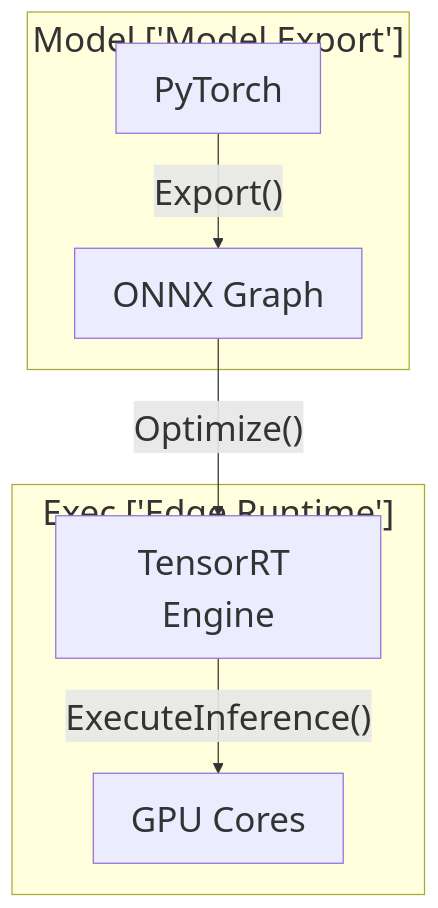
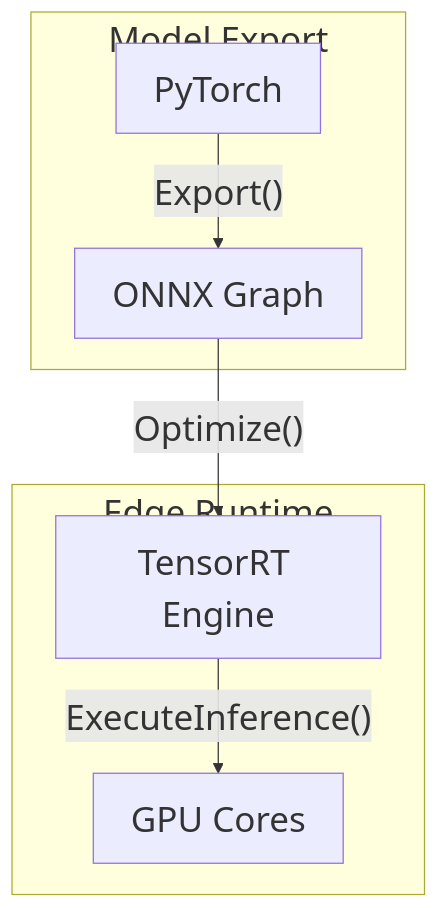
One commit to j4flmao/agent-skills changed the diagram in skills/embedded-systems/edge-ai/SKILL.md. Above: the diagram before and after it, drawn with Mermaid. The commit also changed 38 other files, not shown here.

Commit message:
style(skills): Add padding to Mermaid subgraphs to prevent label overlap with nodes

````diff
--- a/skills/embedded-systems/edge-ai/SKILL.md
+++ b/skills/embedded-systems/edge-ai/SKILL.md
@@ -7,11 +7,11 @@
 ```mermaid
 %%{init: {"theme": "default", "themeVariables": {"fontSize": "28px"}, "flowchart": {"useMaxWidth": false}}}%%
 flowchart TD
-    subgraph ModelModelExport ["Model ['Model Export']"]
+    subgraph ModelModelExport ["Model Export<br/>"]
         A[PyTorch] -->|"Export()"| B[ONNX Graph]
     end
-    subgraph ExecEdgeRuntime ["Exec ['Edge Runtime']"]
+    subgraph ExecEdgeRuntime ["Edge Runtime<br/>"]
         B -->|"Optimize()"| C[TensorRT Engine]
         C -->|"ExecuteInference()"| D[GPU Cores]
     end
 ```
````
